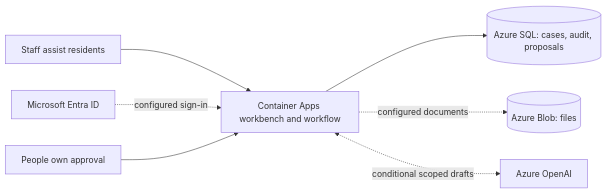
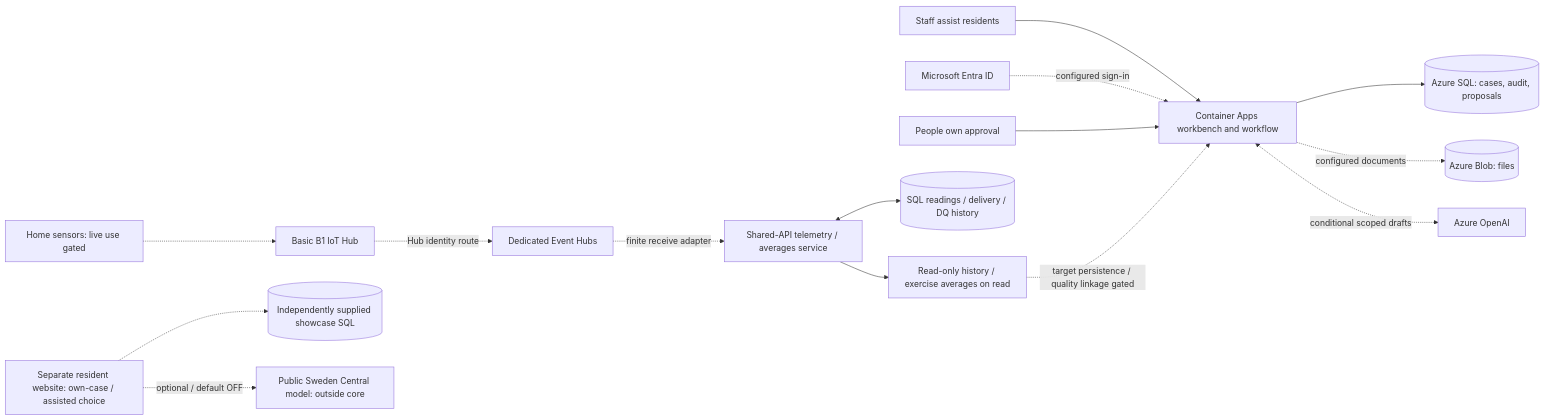
Before and after one commit to jmservera/ama: the first of 2 diagrams in docs/architecture/README.md, drawn with Mermaid. The commit also changed other lines of this file and 47 other files, not shown here.

First line of the commit message:
docs(architecture): add IoT telemetry and resident deployment views

````diff
--- a/docs/architecture/README.md
+++ b/docs/architecture/README.md
@@ -113,9 +144,17 @@
 ```mermaid
 flowchart LR
     staff["Staff assist residents"] --> api["Container Apps workbench and workflow"]
     entra["Microsoft Entra ID"] -. configured sign-in .-> api
     people["People own approval"] --> api
     api --> sql[("Azure SQL: cases, audit, proposals")]
     api -. configured documents .-> blob[("Azure Blob: files")]
     api <-. conditional scoped drafts .-> model["Azure OpenAI"]
+    homes["Home sensors: live use gated"] -.-> hub["Basic B1 IoT Hub"]
+    hub -. Hub identity route .-> events["Dedicated Event Hubs"]
+    events -. finite receive adapter .-> telemetry["Shared-API telemetry / averages service"]
+    telemetry <--> history[("SQL readings / delivery / DQ history")]
+    telemetry --> analysis["Read-only history / exercise averages on read"]
+    analysis -. target persistence / quality linkage gated .-> api
+    resident["Separate resident website: own-case / assisted choice"] -.-> residentSql[("Independently supplied showcase SQL")]
+    resident -. optional / default OFF .-> residentAi["Public Sweden Central model: outside core"]
 ```
````
